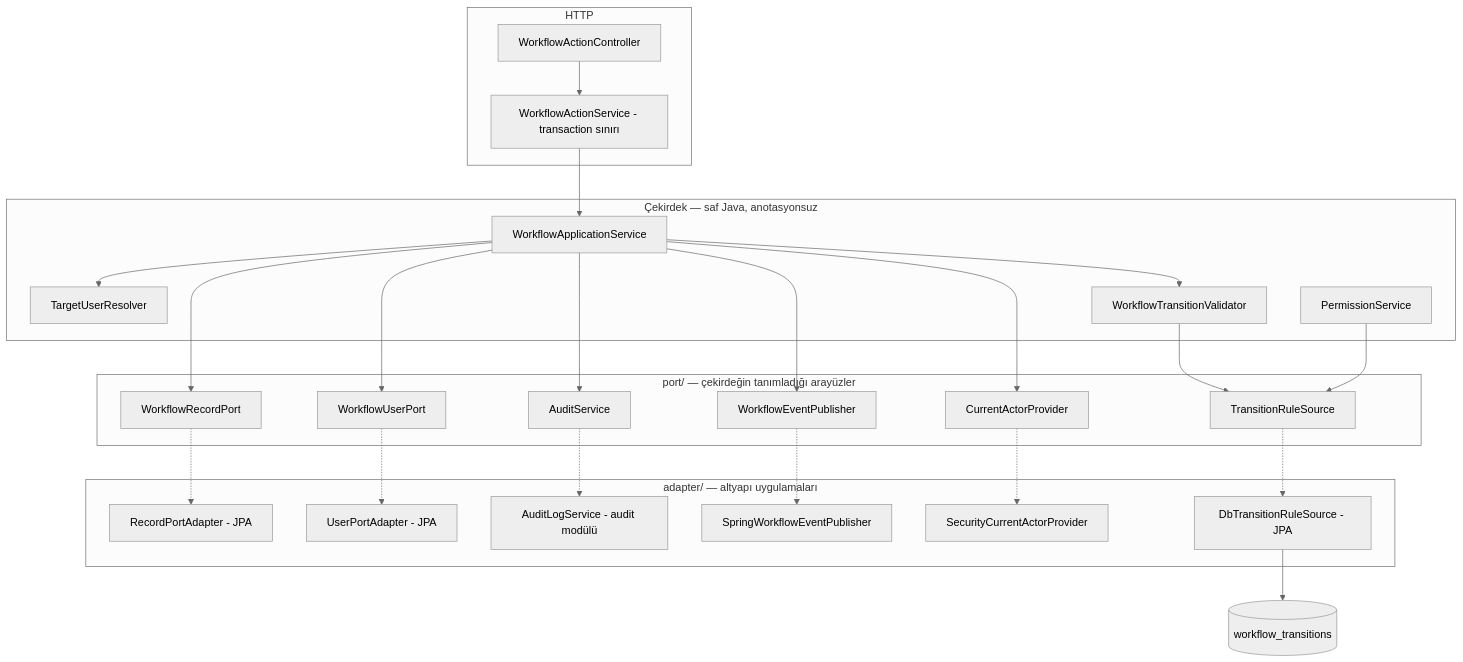
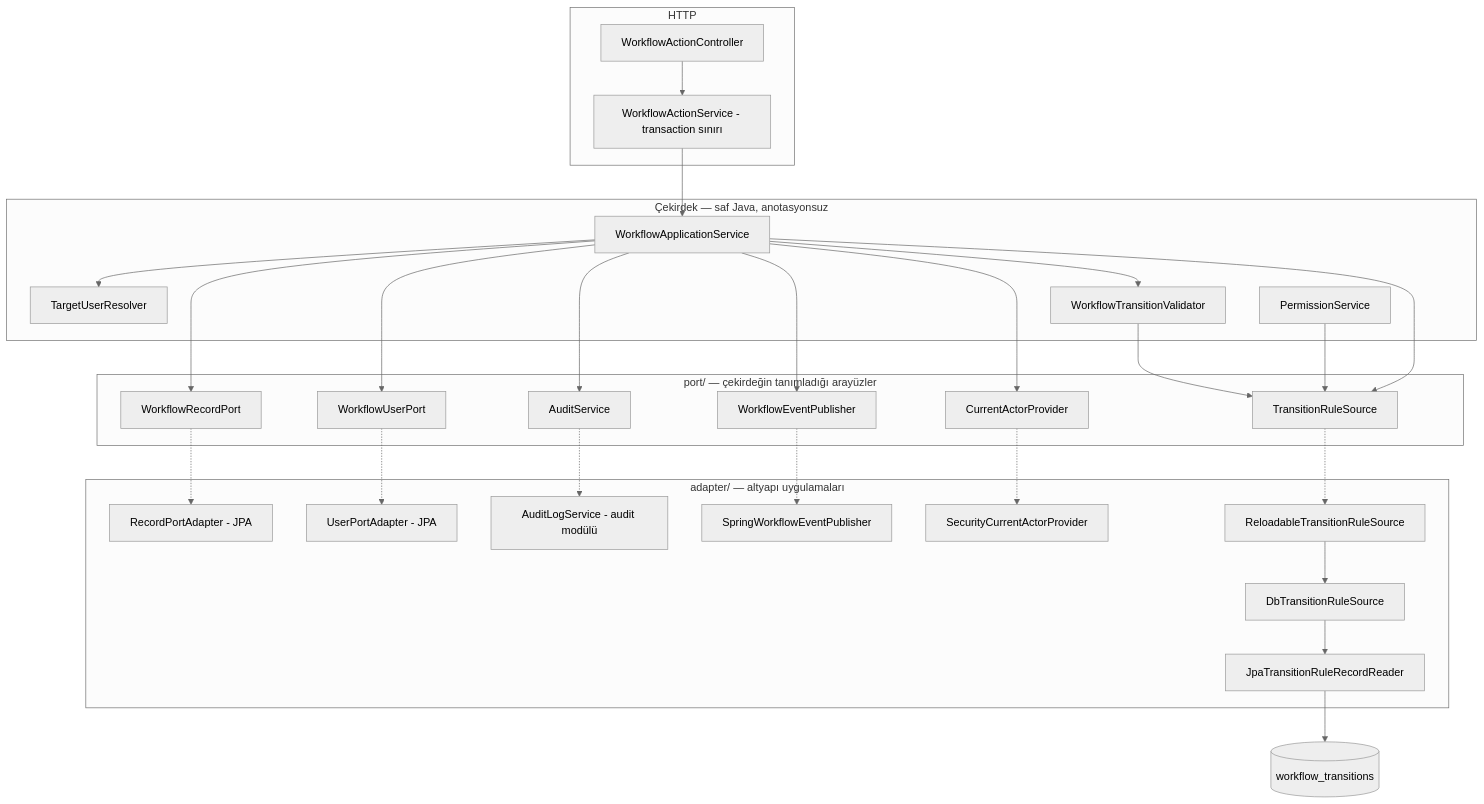
The second of 2 diagrams in docs/architecture.md (btkstajyer26/WorkFlowProject), drawn with Mermaid (neutral theme) before and after one commit. The commit also changed other lines of this file and 16 other files, not shown here.

````diff
--- a/docs/architecture.md
+++ b/docs/architecture.md
@@ -80,41 +85,44 @@
 ```mermaid
 flowchart TB
     subgraph HTTP
         C[WorkflowActionController]
         TX[WorkflowActionService - transaction sınırı]
     end
     subgraph Cekirdek["Çekirdek — saf Java, anotasyonsuz"]
         APP[WorkflowApplicationService]
         RES[TargetUserResolver]
         VAL[WorkflowTransitionValidator]
         PERM[PermissionService]
     end
     subgraph Portlar["port/ — çekirdeğin tanımladığı arayüzler"]
         P1[WorkflowRecordPort]
         P2[WorkflowUserPort]
         P3[AuditService]
         P4[WorkflowEventPublisher]
         P5[CurrentActorProvider]
         P6[TransitionRuleSource]
     end
     subgraph Adapterler["adapter/ — altyapı uygulamaları"]
         A1[RecordPortAdapter - JPA]
         A2[UserPortAdapter - JPA]
         A3[AuditLogService - audit modülü]
         A4[SpringWorkflowEventPublisher]
         A5[SecurityCurrentActorProvider]
-        A6[DbTransitionRuleSource - JPA]
+        A6[ReloadableTransitionRuleSource]
+        A7[DbTransitionRuleSource]
+        A8[JpaTransitionRuleRecordReader]
     end
 
     C --> TX --> APP
     APP --> RES
     APP --> VAL --> P6
     PERM --> P6
-    P6 -.-> A6 --> DBRULES[(workflow_transitions)]
+    APP --> P6
+    P6 -.-> A6 --> A7 --> A8 --> DBRULES[(workflow_transitions)]
     APP --> P1 & P2 & P3 & P4 & P5
     P1 -.-> A1
     P2 -.-> A2
     P3 -.-> A3
     P4 -.-> A4
     P5 -.-> A5
 ```
````
